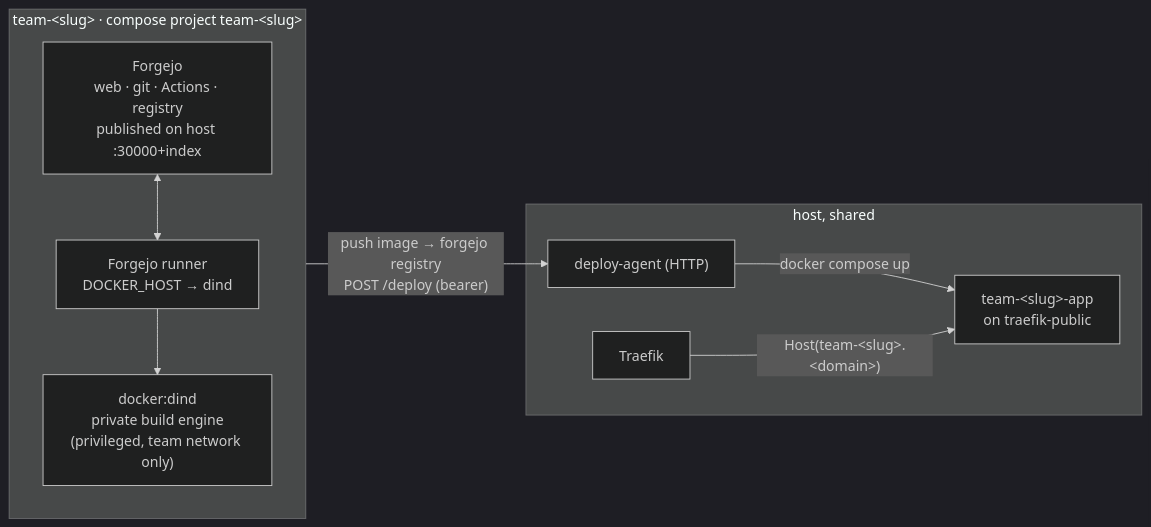
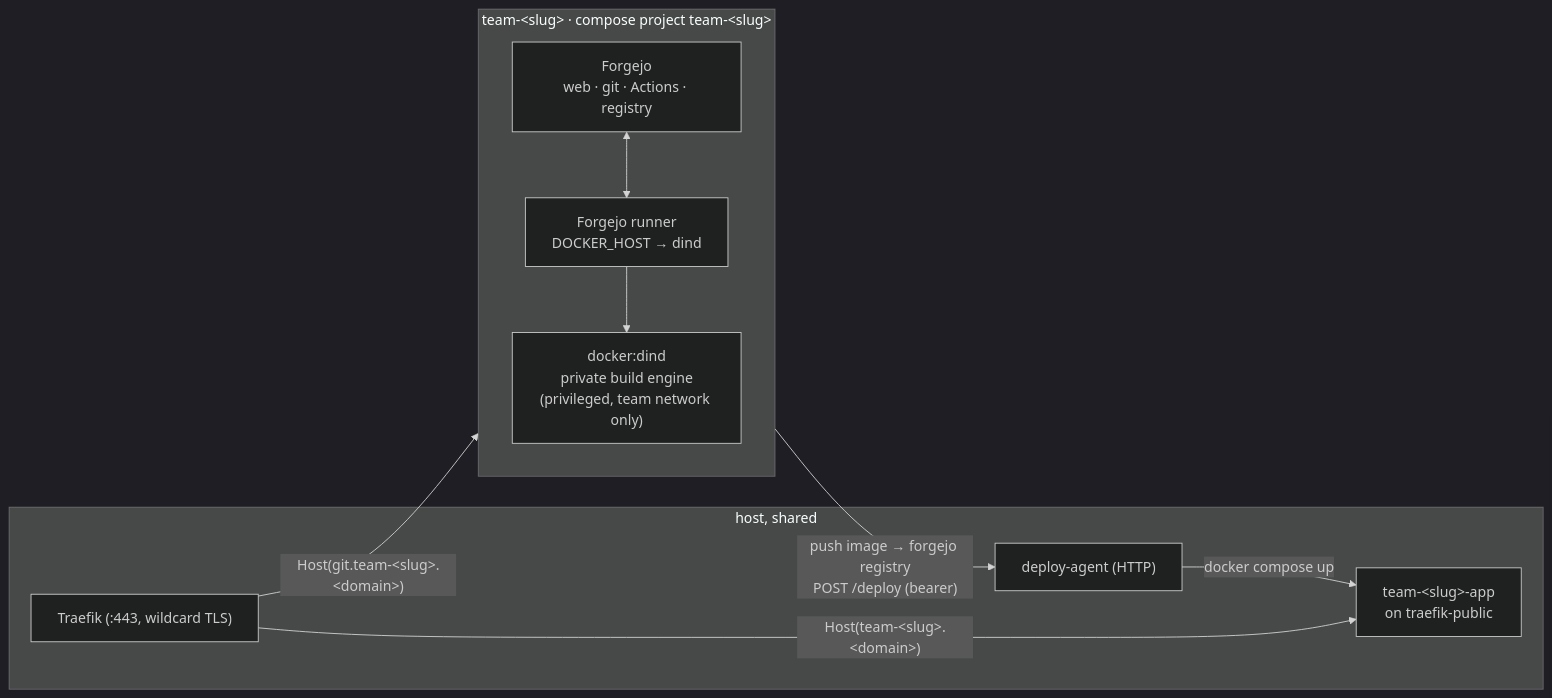
One commit to johnjoeallen/ignition changed the first of 3 diagrams in docs/architecture.md. Above: the diagram before and after it, drawn with Mermaid (dark theme). The commit also changed other lines of this file and 10 other files, not shown here.

First line of the commit message:
Forge moves to git.<slug>.<BASE_DOMAIN> (Traefik-routed, real TLS)

````diff
--- a/docs/architecture.md
+++ b/docs/architecture.md
@@ -10,21 +10,22 @@
 ```mermaid
 flowchart LR
     subgraph team["team-&lt;slug&gt;  ·  compose project team-&lt;slug&gt;"]
         direction TB
-        forgejo["Forgejo<br/>web · git · Actions · registry<br/>published on host :30000+index"]
+        forgejo["Forgejo<br/>web · git · Actions · registry"]
         dind["docker:dind<br/>private build engine<br/>(privileged, team network only)"]
         runner["Forgejo runner<br/>DOCKER_HOST → dind"]
         forgejo <--> runner
         runner --> dind
     end
 
     subgraph host["host, shared"]
-        traefik["Traefik"]
+        traefik["Traefik  (:443, wildcard TLS)"]
         agent["deploy-agent (HTTP)"]
         liveapp["team-&lt;slug&gt;-app<br/>on traefik-public"]
     end
 
+    traefik -->|"Host(git.team-&lt;slug&gt;.&lt;domain&gt;)"| forgejo
     runner -->|"push image → forgejo registry<br/>POST /deploy (bearer)"| agent
     agent -->|docker compose up| liveapp
     traefik -->|"Host(team-&lt;slug&gt;.&lt;domain&gt;)"| liveapp
 ```
````
